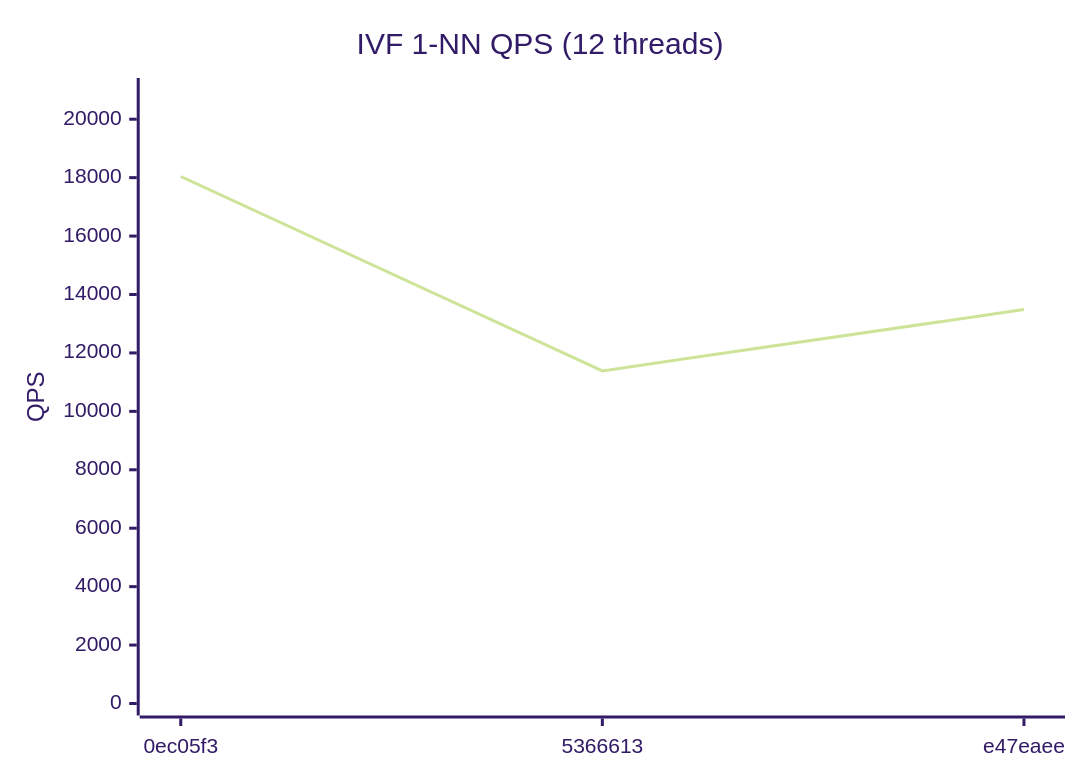
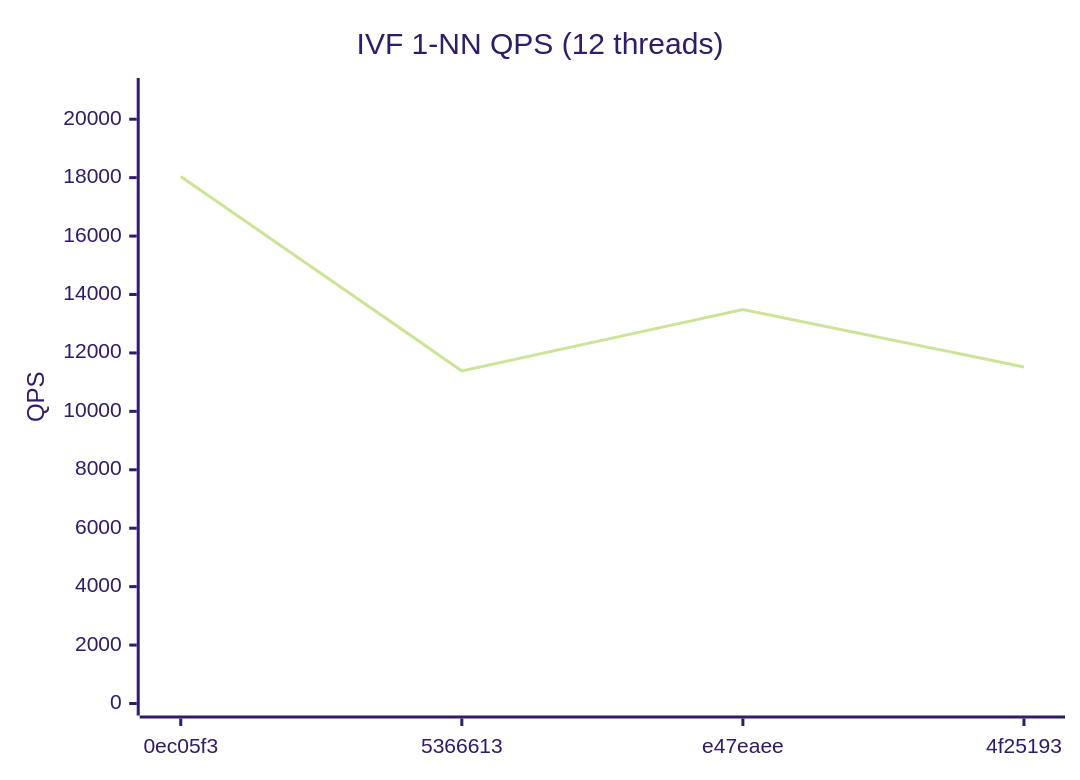
The fourth of 4 diagrams in benchmarks/REPORT.md (bibidhSubedi0/RedBoxDb), drawn with Mermaid (forest theme) before and after one commit. The commit also changed other lines of this file and 1 other file, not shown here.

````diff
--- a/benchmarks/REPORT.md
+++ b/benchmarks/REPORT.md
@@ -49,7 +49,7 @@
 ```mermaid
 xychart-beta
   title "IVF 1-NN QPS (12 threads)"
-  x-axis ["0ec05f3", "5366613", "e47eaee"]
+  x-axis ["0ec05f3", "5366613", "e47eaee", "4f25193"]
   y-axis "QPS" 0 --> 21000
-  line [18039, 11386, 13485]
+  line [18039, 11386, 13485, 11521]
 ```
````
